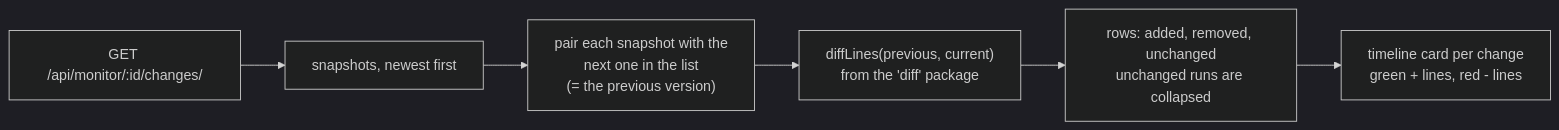
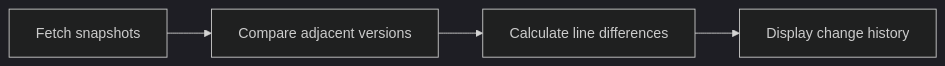
One commit to maZen04/codveda-python-internship changed the seventh of 7 diagrams in README.md. Above: the diagram before and after it, drawn with Mermaid (dark theme). The commit also changed other lines of this file, not shown here.

````diff
--- a/README.md
+++ b/README.md
@@ -362,8 +335,6 @@
 ```mermaid
 flowchart LR
-    A["GET /api/monitor/:id/changes/"] --> B["snapshots, newest first"]
-    B --> C["pair each snapshot with the<br/>next one in the list<br/>(= the previous version)"]
-    C --> D["diffLines(previous, current)<br/>from the 'diff' package"]
-    D --> E["rows: added, removed, unchanged<br/>unchanged runs are collapsed"]
-    E --> F["timeline card per change<br/>green + lines, red - lines"]
+    A["Fetch snapshots"] --> B["Compare adjacent versions"]
+    B --> C["Calculate line differences"]
+    C --> D["Display change history"]
 ```
````
